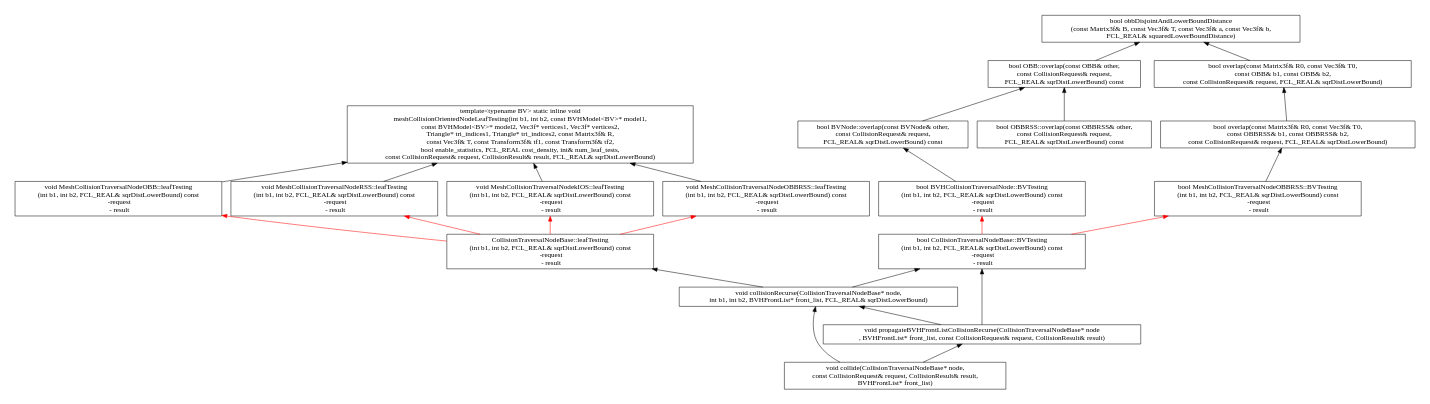
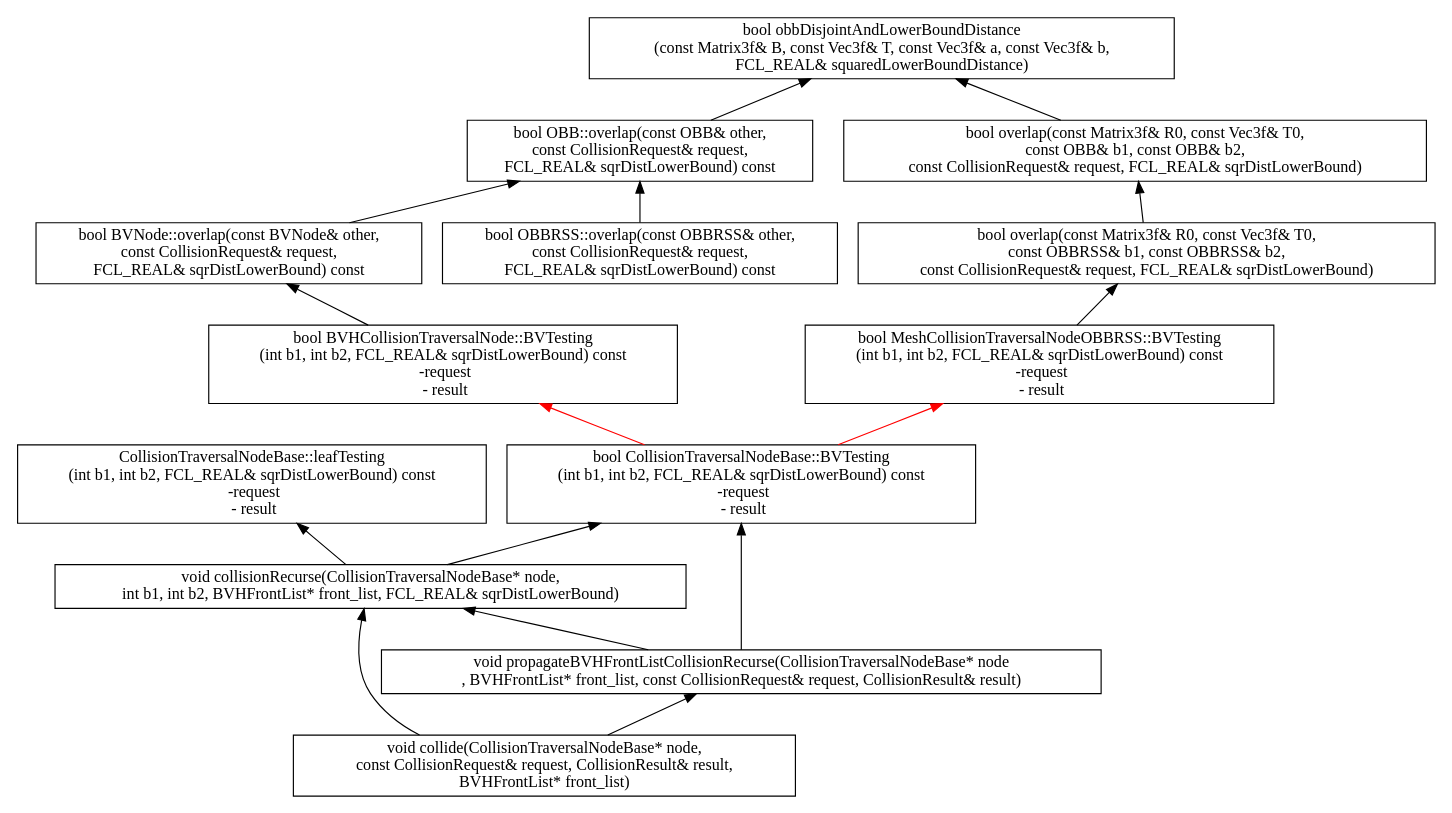
The diagram in doc/collision-call.dot (humanoid-path-planner/hpp-fcl), drawn with Graphviz before and after one commit. The commit also changed 1 other file, not shown here.

Commit message:
[doc] Update collision call graph.

```diff
--- a/doc/collision-call.dot
+++ b/doc/collision-call.dot
@@ -1,49 +1,36 @@
 digraph CD  {
 
 	rankdir = BT
 	compound=true
         size = 11.7
 
         "bool OBB::overlap(const OBB& other,\nconst CollisionRequest& request,\nFCL_REAL& sqrDistLowerBound) const" [shape = box]
         "bool OBBRSS::overlap(const OBBRSS& other,\nconst CollisionRequest& request,\nFCL_REAL& sqrDistLowerBound) const" [shape = box]
         "bool overlap(const Matrix3f& R0, const Vec3f& T0,\n const OBB& b1, const OBB& b2,\n const CollisionRequest& request, FCL_REAL& sqrDistLowerBound)" [shape = box]
         "bool overlap(const Matrix3f& R0, const Vec3f& T0,\n const OBBRSS& b1, const OBBRSS& b2,\nconst CollisionRequest& request, FCL_REAL& sqrDistLowerBound)" [shape = box]
         "bool BVNode::overlap(const BVNode& other,\nconst CollisionRequest& request,\nFCL_REAL& sqrDistLowerBound) const" [shape = box]
         "bool BVHCollisionTraversalNode::BVTesting\n(int b1, int b2, FCL_REAL& sqrDistLowerBound) const\n  -request\n  - result" [shape = box]
         "bool CollisionTraversalNodeBase::BVTesting\n(int b1, int b2, FCL_REAL& sqrDistLowerBound) const\n  -request\n  - result" [shape = box]
         "void collide(CollisionTraversalNodeBase* node,\n const CollisionRequest& request, CollisionResult& result,\nBVHFrontList* front_list)" [shape = box]
         "void collisionRecurse(CollisionTraversalNodeBase* node,\n int b1, int b2, BVHFrontList* front_list, FCL_REAL& sqrDistLowerBound)" [shape = box]
         "void propagateBVHFrontListCollisionRecurse(CollisionTraversalNodeBase* node\n, BVHFrontList* front_list, const CollisionRequest& request, CollisionResult& result)" [shape = box]
-        "template<typename BV> static inline void\n meshCollisionOrientedNodeLeafTesting(int b1, int b2, const BVHModel<BV>* model1,\n const BVHModel<BV>* model2, Vec3f* vertices1, Vec3f* vertices2,\n Triangle* tri_indices1, Triangle* tri_indices2, const Matrix3f& R,\n const Vec3f& T, const Transform3f& tf1, const Transform3f& tf2,\n bool enable_statistics, FCL_REAL cost_density, int& num_leaf_tests,\n const CollisionRequest& request, CollisionResult& result, FCL_REAL& sqrDistLowerBound)" [shape = box]
-        "void MeshCollisionTraversalNodeOBB::leafTesting\n(int b1, int b2, FCL_REAL& sqrDistLowerBound) const\n  -request\n  - result" [shape = box]
-        "void MeshCollisionTraversalNodeRSS::leafTesting\n(int b1, int b2, FCL_REAL& sqrDistLowerBound) const\n  -request\n  - result" [shape = box]
-        "void MeshCollisionTraversalNodekIOS::leafTesting\n(int b1, int b2, FCL_REAL& sqrDistLowerBound) const\n  -request\n  - result" [shape = box]
         "bool MeshCollisionTraversalNodeOBBRSS::BVTesting\n(int b1, int b2, FCL_REAL& sqrDistLowerBound) const\n  -request\n  - result" [shape = box]
-        "void MeshCollisionTraversalNodeOBBRSS::leafTesting\n(int b1, int b2, FCL_REAL& sqrDistLowerBound) const\n  -request\n  - result" [shape = box]
         "CollisionTraversalNodeBase::leafTesting\n(int b1, int b2, FCL_REAL& sqrDistLowerBound) const\n  -request\n  - result" [shape = box]
         "bool obbDisjointAndLowerBoundDistance\n(const Matrix3f& B, const Vec3f& T, const Vec3f& a, const Vec3f& b,\n FCL_REAL& squaredLowerBoundDistance)" [shape = box]
 
         "bool OBB::overlap(const OBB& other,\nconst CollisionRequest& request,\nFCL_REAL& sqrDistLowerBound) const" -> "bool obbDisjointAndLowerBoundDistance\n(const Matrix3f& B, const Vec3f& T, const Vec3f& a, const Vec3f& b,\n FCL_REAL& squaredLowerBoundDistance)"
         "bool overlap(const Matrix3f& R0, const Vec3f& T0,\n const OBB& b1, const OBB& b2,\n const CollisionRequest& request, FCL_REAL& sqrDistLowerBound)" -> "bool obbDisjointAndLowerBoundDistance\n(const Matrix3f& B, const Vec3f& T, const Vec3f& a, const Vec3f& b,\n FCL_REAL& squaredLowerBoundDistance)"
         "bool overlap(const Matrix3f& R0, const Vec3f& T0,\n const OBBRSS& b1, const OBBRSS& b2,\nconst CollisionRequest& request, FCL_REAL& sqrDistLowerBound)" -> "bool overlap(const Matrix3f& R0, const Vec3f& T0,\n const OBB& b1, const OBB& b2,\n const CollisionRequest& request, FCL_REAL& sqrDistLowerBound)"
         "void collide(CollisionTraversalNodeBase* node,\n const CollisionRequest& request, CollisionResult& result,\nBVHFrontList* front_list)"-> "void propagateBVHFrontListCollisionRecurse(CollisionTraversalNodeBase* node\n, BVHFrontList* front_list, const CollisionRequest& request, CollisionResult& result)"
         "void collide(CollisionTraversalNodeBase* node,\n const CollisionRequest& request, CollisionResult& result,\nBVHFrontList* front_list)" -> "void collisionRecurse(CollisionTraversalNodeBase* node,\n int b1, int b2, BVHFrontList* front_list, FCL_REAL& sqrDistLowerBound)"
         "void collisionRecurse(CollisionTraversalNodeBase* node,\n int b1, int b2, BVHFrontList* front_list, FCL_REAL& sqrDistLowerBound)" -> "bool CollisionTraversalNodeBase::BVTesting\n(int b1, int b2, FCL_REAL& sqrDistLowerBound) const\n  -request\n  - result"
         "void collisionRecurse(CollisionTraversalNodeBase* node,\n int b1, int b2, BVHFrontList* front_list, FCL_REAL& sqrDistLowerBound)" -> "CollisionTraversalNodeBase::leafTesting\n(int b1, int b2, FCL_REAL& sqrDistLowerBound) const\n  -request\n  - result"
         "void propagateBVHFrontListCollisionRecurse(CollisionTraversalNodeBase* node\n, BVHFrontList* front_list, const CollisionRequest& request, CollisionResult& result)" -> "void collisionRecurse(CollisionTraversalNodeBase* node,\n int b1, int b2, BVHFrontList* front_list, FCL_REAL& sqrDistLowerBound)"
         "void propagateBVHFrontListCollisionRecurse(CollisionTraversalNodeBase* node\n, BVHFrontList* front_list, const CollisionRequest& request, CollisionResult& result)" -> "bool CollisionTraversalNodeBase::BVTesting\n(int b1, int b2, FCL_REAL& sqrDistLowerBound) const\n  -request\n  - result"
-        "void MeshCollisionTraversalNodeOBB::leafTesting\n(int b1, int b2, FCL_REAL& sqrDistLowerBound) const\n  -request\n  - result"-> "template<typename BV> static inline void\n meshCollisionOrientedNodeLeafTesting(int b1, int b2, const BVHModel<BV>* model1,\n const BVHModel<BV>* model2, Vec3f* vertices1, Vec3f* vertices2,\n Triangle* tri_indices1, Triangle* tri_indices2, const Matrix3f& R,\n const Vec3f& T, const Transform3f& tf1, const Transform3f& tf2,\n bool enable_statistics, FCL_REAL cost_density, int& num_leaf_tests,\n const CollisionRequest& request, CollisionResult& result, FCL_REAL& sqrDistLowerBound)"
-      "void MeshCollisionTraversalNodeRSS::leafTesting\n(int b1, int b2, FCL_REAL& sqrDistLowerBound) const\n  -request\n  - result" -> "template<typename BV> static inline void\n meshCollisionOrientedNodeLeafTesting(int b1, int b2, const BVHModel<BV>* model1,\n const BVHModel<BV>* model2, Vec3f* vertices1, Vec3f* vertices2,\n Triangle* tri_indices1, Triangle* tri_indices2, const Matrix3f& R,\n const Vec3f& T, const Transform3f& tf1, const Transform3f& tf2,\n bool enable_statistics, FCL_REAL cost_density, int& num_leaf_tests,\n const CollisionRequest& request, CollisionResult& result, FCL_REAL& sqrDistLowerBound)"
-      "void MeshCollisionTraversalNodekIOS::leafTesting\n(int b1, int b2, FCL_REAL& sqrDistLowerBound) const\n  -request\n  - result" -> "template<typename BV> static inline void\n meshCollisionOrientedNodeLeafTesting(int b1, int b2, const BVHModel<BV>* model1,\n const BVHModel<BV>* model2, Vec3f* vertices1, Vec3f* vertices2,\n Triangle* tri_indices1, Triangle* tri_indices2, const Matrix3f& R,\n const Vec3f& T, const Transform3f& tf1, const Transform3f& tf2,\n bool enable_statistics, FCL_REAL cost_density, int& num_leaf_tests,\n const CollisionRequest& request, CollisionResult& result, FCL_REAL& sqrDistLowerBound)"
 "bool MeshCollisionTraversalNodeOBBRSS::BVTesting\n(int b1, int b2, FCL_REAL& sqrDistLowerBound) const\n  -request\n  - result" -> "bool overlap(const Matrix3f& R0, const Vec3f& T0,\n const OBBRSS& b1, const OBBRSS& b2,\nconst CollisionRequest& request, FCL_REAL& sqrDistLowerBound)"
-      "void MeshCollisionTraversalNodeOBBRSS::leafTesting\n(int b1, int b2, FCL_REAL& sqrDistLowerBound) const\n  -request\n  - result" -> "template<typename BV> static inline void\n meshCollisionOrientedNodeLeafTesting(int b1, int b2, const BVHModel<BV>* model1,\n const BVHModel<BV>* model2, Vec3f* vertices1, Vec3f* vertices2,\n Triangle* tri_indices1, Triangle* tri_indices2, const Matrix3f& R,\n const Vec3f& T, const Transform3f& tf1, const Transform3f& tf2,\n bool enable_statistics, FCL_REAL cost_density, int& num_leaf_tests,\n const CollisionRequest& request, CollisionResult& result, FCL_REAL& sqrDistLowerBound)"
       "bool CollisionTraversalNodeBase::BVTesting\n(int b1, int b2, FCL_REAL& sqrDistLowerBound) const\n  -request\n  - result" -> "bool MeshCollisionTraversalNodeOBBRSS::BVTesting\n(int b1, int b2, FCL_REAL& sqrDistLowerBound) const\n  -request\n  - result" [color=red]
-      "CollisionTraversalNodeBase::leafTesting\n(int b1, int b2, FCL_REAL& sqrDistLowerBound) const\n  -request\n  - result" -> "void MeshCollisionTraversalNodeOBB::leafTesting\n(int b1, int b2, FCL_REAL& sqrDistLowerBound) const\n  -request\n  - result" [color=red]
-      "CollisionTraversalNodeBase::leafTesting\n(int b1, int b2, FCL_REAL& sqrDistLowerBound) const\n  -request\n  - result" -> "void MeshCollisionTraversalNodeRSS::leafTesting\n(int b1, int b2, FCL_REAL& sqrDistLowerBound) const\n  -request\n  - result" [color=red]
-      "CollisionTraversalNodeBase::leafTesting\n(int b1, int b2, FCL_REAL& sqrDistLowerBound) const\n  -request\n  - result" -> "void MeshCollisionTraversalNodekIOS::leafTesting\n(int b1, int b2, FCL_REAL& sqrDistLowerBound) const\n  -request\n  - result" [color=red]
-      "CollisionTraversalNodeBase::leafTesting\n(int b1, int b2, FCL_REAL& sqrDistLowerBound) const\n  -request\n  - result" -> "void MeshCollisionTraversalNodeOBBRSS::leafTesting\n(int b1, int b2, FCL_REAL& sqrDistLowerBound) const\n  -request\n  - result" [color=red]
       "bool CollisionTraversalNodeBase::BVTesting\n(int b1, int b2, FCL_REAL& sqrDistLowerBound) const\n  -request\n  - result" -> "bool BVHCollisionTraversalNode::BVTesting\n(int b1, int b2, FCL_REAL& sqrDistLowerBound) const\n  -request\n  - result" [color = red]
       "bool OBBRSS::overlap(const OBBRSS& other,\nconst CollisionRequest& request,\nFCL_REAL& sqrDistLowerBound) const" -> "bool OBB::overlap(const OBB& other,\nconst CollisionRequest& request,\nFCL_REAL& sqrDistLowerBound) const"
       "bool BVNode::overlap(const BVNode& other,\nconst CollisionRequest& request,\nFCL_REAL& sqrDistLowerBound) const" -> "bool OBB::overlap(const OBB& other,\nconst CollisionRequest& request,\nFCL_REAL& sqrDistLowerBound) const"
       "bool BVHCollisionTraversalNode::BVTesting\n(int b1, int b2, FCL_REAL& sqrDistLowerBound) const\n  -request\n  - result" -> "bool BVNode::overlap(const BVNode& other,\nconst CollisionRequest& request,\nFCL_REAL& sqrDistLowerBound) const"
 }
```
